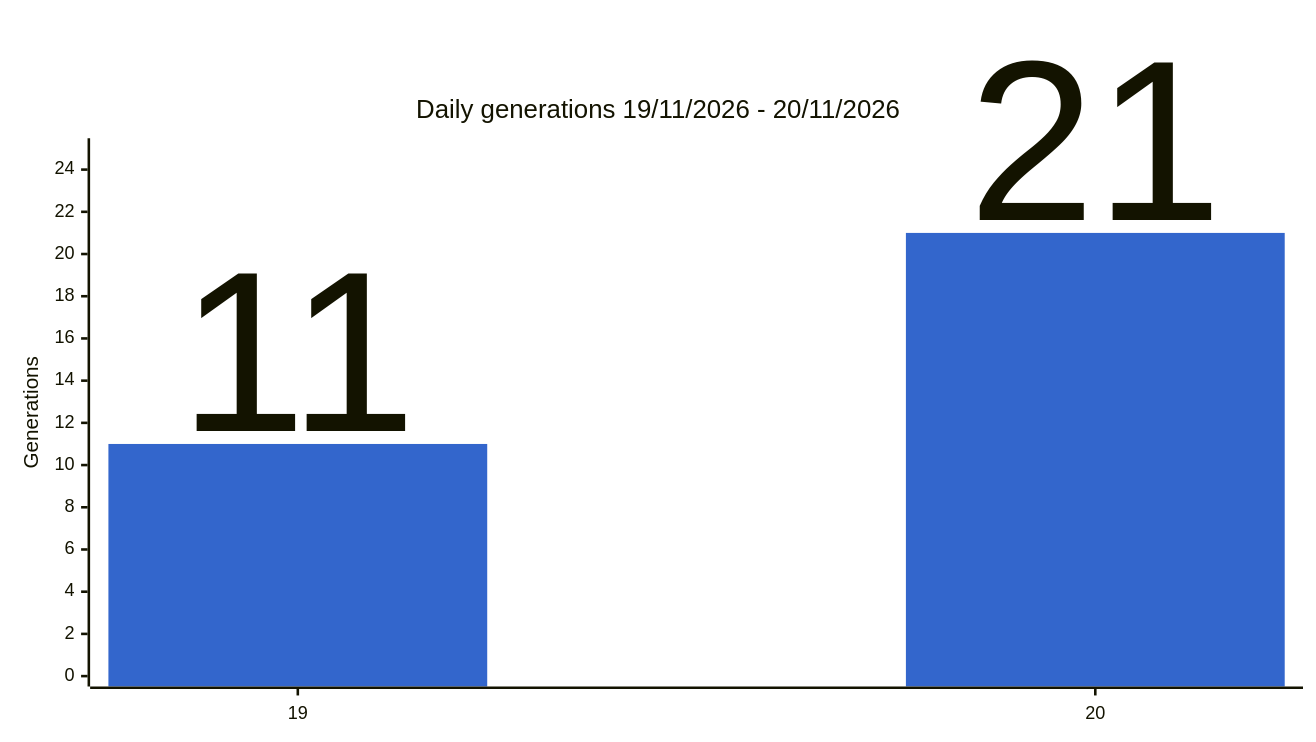
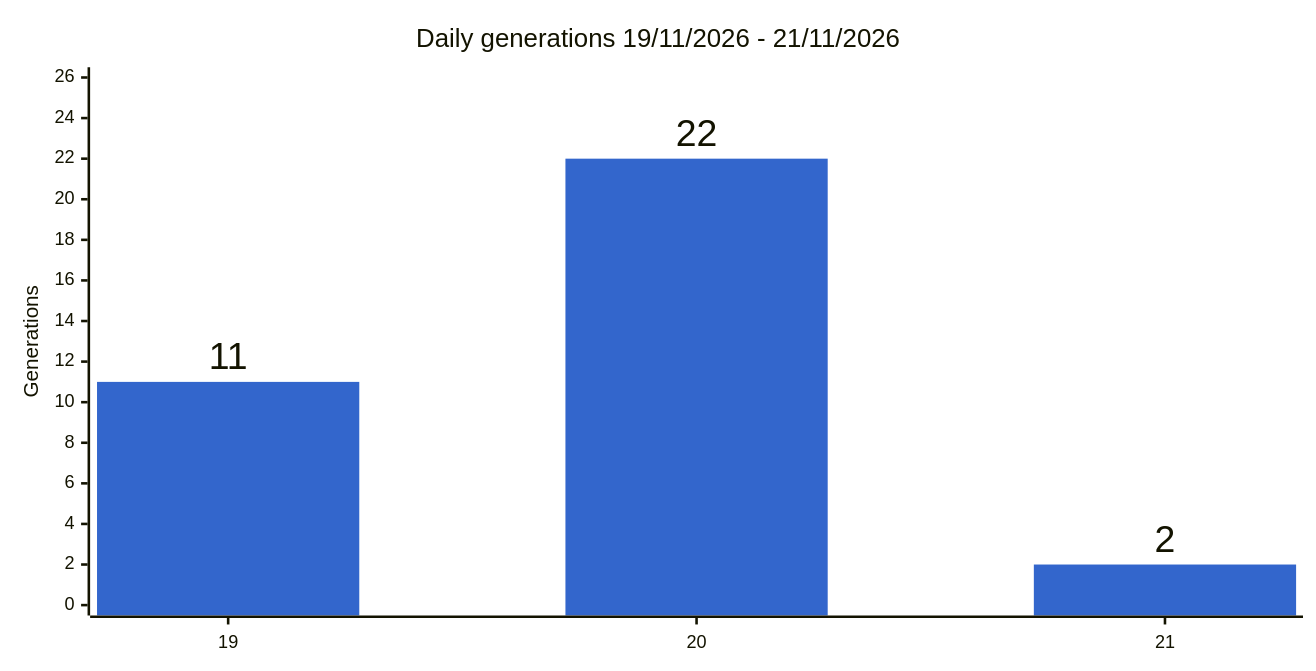
The second of 4 diagrams in docs/stats.md (gmoulard/wikipedia2book), drawn with Mermaid before and after one commit. The commit also changed other lines of this file and 2 other files, not shown here.

````diff
--- a/docs/stats.md
+++ b/docs/stats.md
@@ -32,8 +32,8 @@
 ```mermaid
 %%{init: {"xyChart": {"width": 1000, "showDataLabel": true, "showDataLabelOutsideBar": true}, "themeVariables": {"xyChart": {"plotColorPalette": "#3366cc"}}}}%%
 xychart-beta
-    title "Daily generations 19/11/2026 - 20/11/2026"
-    x-axis ["19", "20"]
-    y-axis "Generations" 0 --> 25
-    bar [11, 21]
+    title "Daily generations 19/11/2026 - 21/11/2026"
+    x-axis ["19", "20", "21"]
+    y-axis "Generations" 0 --> 26
+    bar [11, 22, 2]
 ```
````
